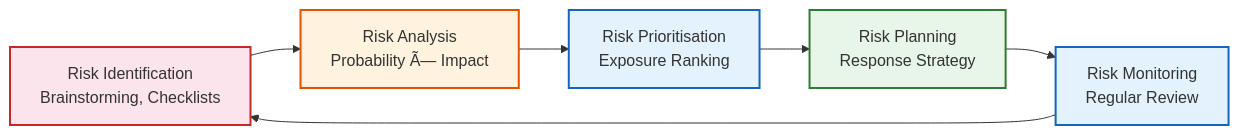
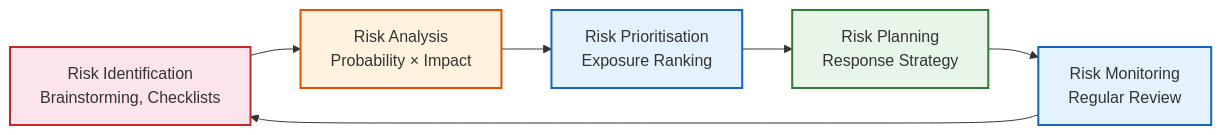
Before and after one commit to Raushan666java/ai-engineering-journey: the fourth of 4 diagrams in docs/courses/software-engineering/08-project-management.md, drawn with Mermaid. The commit also changed other lines of this file and 965 other files, not shown here.

````diff
--- a/docs/courses/software-engineering/08-project-management.md
+++ b/docs/courses/software-engineering/08-project-management.md
@@ -387,13 +387,13 @@
 ```mermaid
 graph LR
     classDef id fill:#fce4ec,stroke:#c62828,stroke-width:2px
     classDef an fill:#fff3e0,stroke:#e65100,stroke-width:2px
     classDef pr fill:#e3f2fd,stroke:#1565c0,stroke-width:2px
     classDef pl fill:#e8f5e9,stroke:#2e7d32,stroke-width:2px
 
-    ID[Risk Identification<br>Brainstorming, Checklists]:::id --> AN[Risk Analysis<br>Probability Ã— Impact]:::an
+    ID[Risk Identification<br>Brainstorming, Checklists]:::id --> AN[Risk Analysis<br>Probability × Impact]:::an
     AN --> PR[Risk Prioritisation<br>Exposure Ranking]:::pr
     PR --> PL[Risk Planning<br>Response Strategy]:::pl
     PL --> MO[Risk Monitoring<br>Regular Review]:::pr
     MO --> ID
 ```
````
